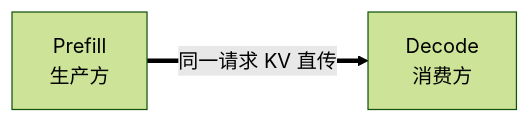
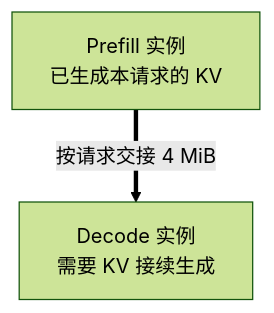
One commit to Hansyangxingxiang/Mooncake changed the second of 2 diagrams in mooncake-kv-cache-series/wechat/11-kv-reuse-and-inference.md. Above: the diagram before and after it, drawn with Mermaid (forest theme). The commit also changed other lines of this file and 12 other files, not shown here.

````diff
--- a/mooncake-kv-cache-series/wechat/11-kv-reuse-and-inference.md
+++ b/mooncake-kv-cache-series/wechat/11-kv-reuse-and-inference.md
@@ -51,4 +44,6 @@
 ```mermaid
-flowchart LR
-    P["Prefill<br/>生产方"] ==>|"同一请求 KV 直传"| D["Decode<br/>消费方"]
+flowchart TB
+    P["Prefill 实例<br/>已生成本请求的 KV"]
+    D["Decode 实例<br/>需要 KV 接续生成"]
+    P ==>|按请求交接 4 MiB| D
 ```
````
